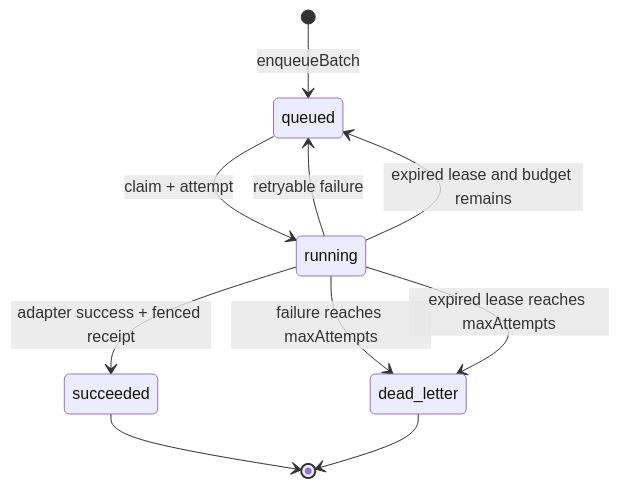
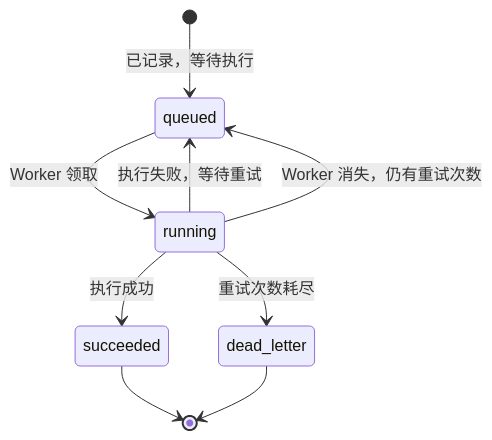
The second of 2 diagrams in docs/technical/execution/durable-effect-outbox.md (changhuaqiu/agent-task-team), drawn with Mermaid before and after one commit. The commit also changed other lines of this file, not shown here.

````diff
--- a/docs/technical/execution/durable-effect-outbox.md
+++ b/docs/technical/execution/durable-effect-outbox.md
@@ -340,12 +362,11 @@
 ```mermaid
 stateDiagram-v2
-  [*] --> queued: enqueueBatch
-  queued --> running: claim + attempt
-  running --> succeeded: adapter success + fenced receipt
-  running --> queued: retryable failure
-  running --> queued: expired lease and budget remains
-  running --> dead_letter: failure reaches maxAttempts
-  running --> dead_letter: expired lease reaches maxAttempts
+  [*] --> queued: 已记录，等待执行
+  queued --> running: Worker 领取
+  running --> succeeded: 执行成功
+  running --> queued: 执行失败，等待重试
+  running --> queued: Worker 消失，仍有重试次数
+  running --> dead_letter: 重试次数耗尽
   succeeded --> [*]
   dead_letter --> [*]
 ```
````
